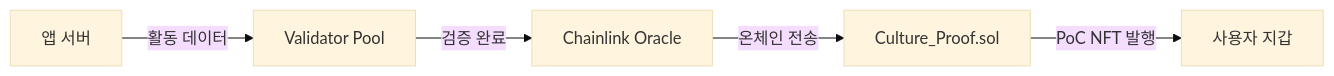
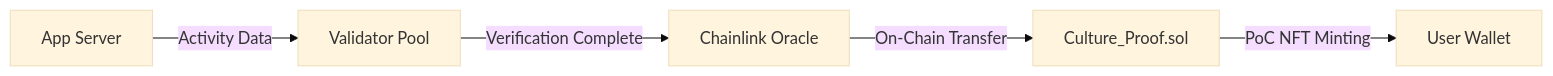
One commit to efgagfecdb/12cycle changed the diagram in ecosystem/architecture.md. Above: the diagram before and after it, drawn with Mermaid (base theme). The commit also changed other lines of this file and 8 other files, not shown here.

````diff
--- a/ecosystem/architecture.md
+++ b/ecosystem/architecture.md
@@ -90,7 +90,7 @@
 ```mermaid
 flowchart LR
-    A[앱 서버] -->|활동 데이터| B[Validator Pool]
-    B -->|검증 완료| C[Chainlink Oracle]
-    C -->|온체인 전송| D[Culture_Proof.sol]
-    D -->|PoC NFT 발행| E[사용자 지갑]
+    A[App Server] -->|Activity Data| B[Validator Pool]
+    B -->|Verification Complete| C[Chainlink Oracle]
+    C -->|On-Chain Transfer| D[Culture_Proof.sol]
+    D -->|PoC NFT Minting| E[User Wallet]
 ```
````
